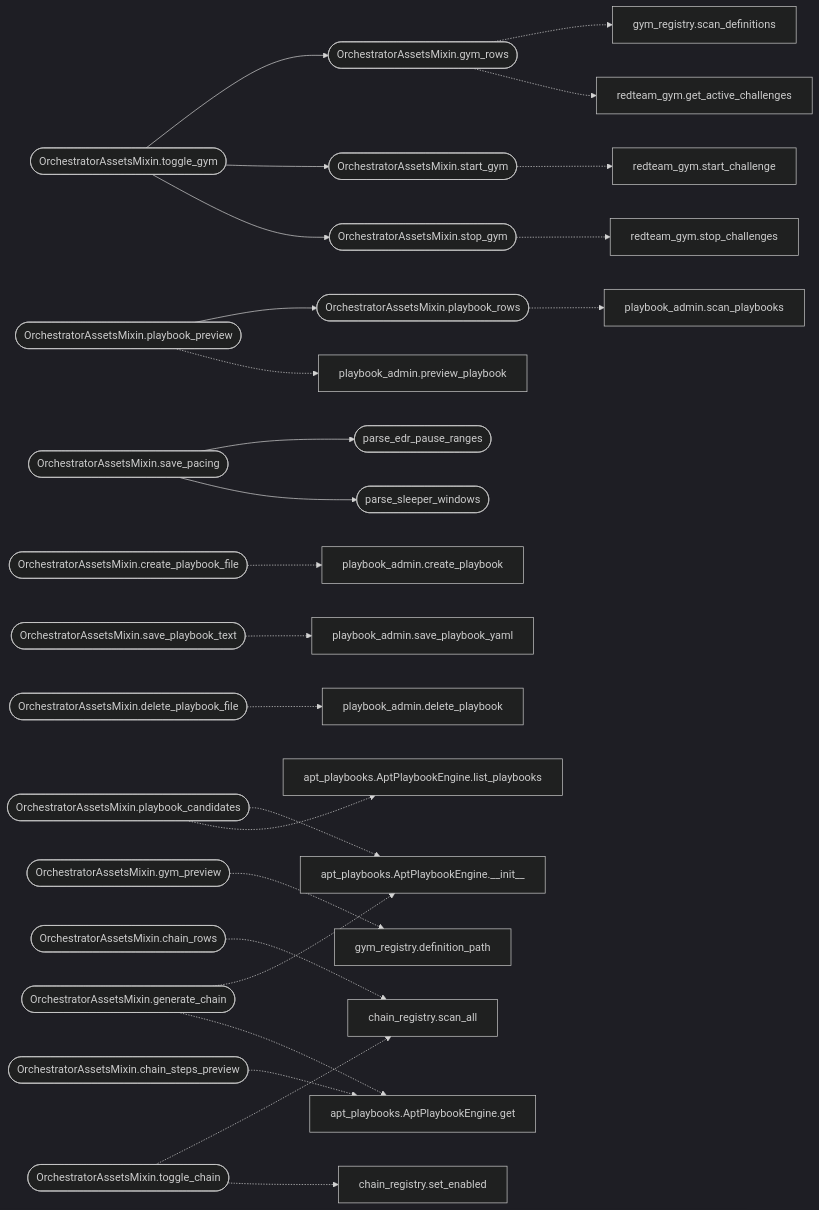
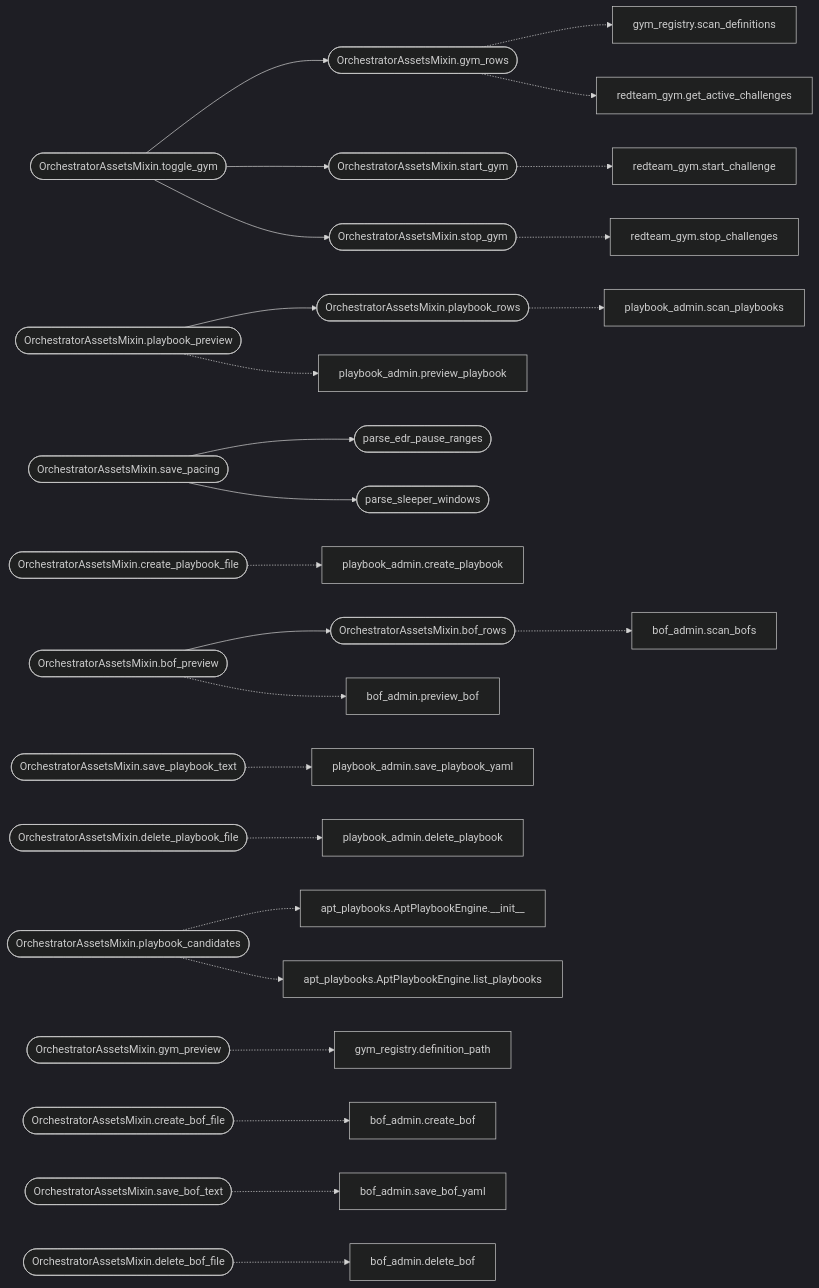
Before and after one commit to grisuno/LazyOwn: the second of 2 diagrams in readmenator-apidocs/modules/cli.orchestrator_assets_tabs.py.md, drawn with Mermaid (dark theme). The commit also changed other lines of this file and 380 other files, not shown here.

Commit message:
bof delibery throw apt_chain

````diff
--- a/readmenator-apidocs/modules/cli.orchestrator_assets_tabs.py.md
+++ b/readmenator-apidocs/modules/cli.orchestrator_assets_tabs.py.md
@@ -59,60 +59,63 @@
 ```mermaid
 flowchart LR
     n_cli_orchestrator_assets_tabs_py__OrchestratorAssetsMixin_playbook_preview(["OrchestratorAssetsMixin.playbook_preview"])
     n_cli_orchestrator_assets_tabs_py__OrchestratorAssetsMixin_playbook_rows(["OrchestratorAssetsMixin.playbook_rows"])
     n_cli_orchestrator_assets_tabs_py__OrchestratorAssetsMixin_toggle_gym(["OrchestratorAssetsMixin.toggle_gym"])
     n_cli_orchestrator_assets_tabs_py__OrchestratorAssetsMixin_gym_rows(["OrchestratorAssetsMixin.gym_rows"])
     n_cli_orchestrator_assets_tabs_py__OrchestratorAssetsMixin_start_gym(["OrchestratorAssetsMixin.start_gym"])
     n_cli_orchestrator_assets_tabs_py__OrchestratorAssetsMixin_stop_gym(["OrchestratorAssetsMixin.stop_gym"])
+    n_cli_orchestrator_assets_tabs_py__OrchestratorAssetsMixin_bof_preview(["OrchestratorAssetsMixin.bof_preview"])
+    n_cli_orchestrator_assets_tabs_py__OrchestratorAssetsMixin_bof_rows(["OrchestratorAssetsMixin.bof_rows"])
     n_cli_orchestrator_assets_tabs_py__OrchestratorAssetsMixin_save_pacing(["OrchestratorAssetsMixin.save_pacing"])
     n_cli_orchestrator_assets_tabs_py__parse_edr_pause_ranges(["parse_edr_pause_ranges"])
     n_cli_orchestrator_assets_tabs_py__parse_sleeper_windows(["parse_sleeper_windows"])
     n_modules_playbook_admin_py__scan_playbooks["playbook_admin.scan_playbooks"]
     n_modules_playbook_admin_py__preview_playbook["playbook_admin.preview_playbook"]
     n_cli_orchestrator_assets_tabs_py__OrchestratorAssetsMixin_create_playbook_file(["OrchestratorAssetsMixin.create_playbook_file"])
     n_modules_playbook_admin_py__create_playbook["playbook_admin.create_playbook"]
     n_cli_orchestrator_assets_tabs_py__OrchestratorAssetsMixin_save_playbook_text(["OrchestratorAssetsMixin.save_playbook_text"])
     n_modules_playbook_admin_py__save_playbook_yaml["playbook_admin.save_playbook_yaml"]
     n_cli_orchestrator_assets_tabs_py__OrchestratorAssetsMixin_delete_playbook_file(["OrchestratorAssetsMixin.delete_playbook_file"])
     n_modules_playbook_admin_py__delete_playbook["playbook_admin.delete_playbook"]
     n_cli_orchestrator_assets_tabs_py__OrchestratorAssetsMixin_playbook_candidates(["OrchestratorAssetsMixin.playbook_candidates"])
     n_modules_apt_playbooks_py__AptPlaybookEngine___init__["apt_playbooks.AptPlaybookEngine.__init__"]
     n_modules_apt_playbooks_py__AptPlaybookEngine_list_playbooks["apt_playbooks.AptPlaybookEngine.list_playbooks"]
     n_modules_gym_registry_py__scan_definitions["gym_registry.scan_definitions"]
     n_modules_redteam_gym_py__get_active_challenges["redteam_gym.get_active_challenges"]
     n_cli_orchestrator_assets_tabs_py__OrchestratorAssetsMixin_gym_preview(["OrchestratorAssetsMixin.gym_preview"])
     n_modules_gym_registry_py__definition_path["gym_registry.definition_path"]
     n_modules_redteam_gym_py__start_challenge["redteam_gym.start_challenge"]
     n_modules_redteam_gym_py__stop_challenges["redteam_gym.stop_challenges"]
-    n_cli_orchestrator_assets_tabs_py__OrchestratorAssetsMixin_chain_rows(["OrchestratorAssetsMixin.chain_rows"])
-    n_modules_chain_registry_py__scan_all["chain_registry.scan_all"]
-    n_cli_orchestrator_assets_tabs_py__OrchestratorAssetsMixin_chain_steps_preview(["OrchestratorAssetsMixin.chain_steps_preview"])
-    n_modules_apt_playbooks_py__AptPlaybookEngine_get["apt_playbooks.AptPlaybookEngine.get"]
-    n_cli_orchestrator_assets_tabs_py__OrchestratorAssetsMixin_toggle_chain(["OrchestratorAssetsMixin.toggle_chain"])
-    n_modules_chain_registry_py__set_enabled["chain_registry.set_enabled"]
-    n_cli_orchestrator_assets_tabs_py__OrchestratorAssetsMixin_generate_chain(["OrchestratorAssetsMixin.generate_chain"])
+    n_modules_bof_admin_py__scan_bofs["bof_admin.scan_bofs"]
+    n_modules_bof_admin_py__preview_bof["bof_admin.preview_bof"]
+    n_cli_orchestrator_assets_tabs_py__OrchestratorAssetsMixin_create_bof_file(["OrchestratorAssetsMixin.create_bof_file"])
+    n_modules_bof_admin_py__create_bof["bof_admin.create_bof"]
+    n_cli_orchestrator_assets_tabs_py__OrchestratorAssetsMixin_save_bof_text(["OrchestratorAssetsMixin.save_bof_text"])
+    n_modules_bof_admin_py__save_bof_yaml["bof_admin.save_bof_yaml"]
+    n_cli_orchestrator_assets_tabs_py__OrchestratorAssetsMixin_delete_bof_file(["OrchestratorAssetsMixin.delete_bof_file"])
+    n_modules_bof_admin_py__delete_bof["bof_admin.delete_bof"]
     n_cli_orchestrator_assets_tabs_py__OrchestratorAssetsMixin_playbook_preview --> n_cli_orchestrator_assets_tabs_py__OrchestratorAssetsMixin_playbook_rows
     n_cli_orchestrator_assets_tabs_py__OrchestratorAssetsMixin_toggle_gym --> n_cli_orchestrator_assets_tabs_py__OrchestratorAssetsMixin_gym_rows
     n_cli_orchestrator_assets_tabs_py__OrchestratorAssetsMixin_toggle_gym --> n_cli_orchestrator_assets_tabs_py__OrchestratorAssetsMixin_start_gym
     n_cli_orchestrator_assets_tabs_py__OrchestratorAssetsMixin_toggle_gym --> n_cli_orchestrator_assets_tabs_py__OrchestratorAssetsMixin_stop_gym
+    n_cli_orchestrator_assets_tabs_py__OrchestratorAssetsMixin_bof_preview --> n_cli_orchestrator_assets_tabs_py__OrchestratorAssetsMixin_bof_rows
     n_cli_orchestrator_assets_tabs_py__OrchestratorAssetsMixin_save_pacing --> n_cli_orchestrator_assets_tabs_py__parse_edr_pause_ranges
     n_cli_orchestrator_assets_tabs_py__OrchestratorAssetsMixin_save_pacing --> n_cli_orchestrator_assets_tabs_py__parse_sleeper_windows
     n_cli_orchestrator_assets_tabs_py__OrchestratorAssetsMixin_playbook_rows -.-> n_modules_playbook_admin_py__scan_playbooks
     n_cli_orchestrator_assets_tabs_py__OrchestratorAssetsMixin_playbook_preview -.-> n_modules_playbook_admin_py__preview_playbook
     n_cli_orchestrator_assets_tabs_py__OrchestratorAssetsMixin_create_playbook_file -.-> n_modules_playbook_admin_py__create_playbook
     n_cli_orchestrator_assets_tabs_py__OrchestratorAssetsMixin_save_playbook_text -.-> n_modules_playbook_admin_py__save_playbook_yaml
     n_cli_orchestrator_assets_tabs_py__OrchestratorAssetsMixin_delete_playbook_file -.-> n_modules_playbook_admin_py__delete_playbook
     n_cli_orchestrator_assets_tabs_py__OrchestratorAssetsMixin_playbook_candidates -.-> n_modules_apt_playbooks_py__AptPlaybookEngine___init__
     n_cli_orchestrator_assets_tabs_py__OrchestratorAssetsMixin_playbook_candidates -.-> n_modules_apt_playbooks_py__AptPlaybookEngine_list_playbooks
     n_cli_orchestrator_assets_tabs_py__OrchestratorAssetsMixin_gym_rows -.-> n_modules_gym_registry_py__scan_definitions
     n_cli_orchestrator_assets_tabs_py__OrchestratorAssetsMixin_gym_rows -.-> n_modules_redteam_gym_py__get_active_challenges
     n_cli_orchestrator_assets_tabs_py__OrchestratorAssetsMixin_gym_preview -.-> n_modules_gym_registry_py__definition_path
     n_cli_orchestrator_assets_tabs_py__OrchestratorAssetsMixin_start_gym -.-> n_modules_redteam_gym_py__start_challenge
     n_cli_orchestrator_assets_tabs_py__OrchestratorAssetsMixin_stop_gym -.-> n_modules_redteam_gym_py__stop_challenges
-    n_cli_orchestrator_assets_tabs_py__OrchestratorAssetsMixin_chain_rows -.-> n_modules_chain_registry_py__scan_all
-    n_cli_orchestrator_assets_tabs_py__OrchestratorAssetsMixin_chain_steps_preview -.-> n_modules_apt_playbooks_py__AptPlaybookEngine_get
-    n_cli_orchestrator_assets_tabs_py__OrchestratorAssetsMixin_toggle_chain -.-> n_modules_chain_registry_py__scan_all
-    n_cli_orchestrator_assets_tabs_py__OrchestratorAssetsMixin_toggle_chain -.-> n_modules_chain_registry_py__set_enabled
-    n_cli_orchestrator_assets_tabs_py__OrchestratorAssetsMixin_generate_chain -.-> n_modules_apt_playbooks_py__AptPlaybookEngine___init__
-    n_cli_orchestrator_assets_tabs_py__OrchestratorAssetsMixin_generate_chain -.-> n_modules_apt_playbooks_py__AptPlaybookEngine_get
+    n_cli_orchestrator_assets_tabs_py__OrchestratorAssetsMixin_bof_rows -.-> n_modules_bof_admin_py__scan_bofs
+    n_cli_orchestrator_assets_tabs_py__OrchestratorAssetsMixin_bof_preview -.-> n_modules_bof_admin_py__preview_bof
+    n_cli_orchestrator_assets_tabs_py__OrchestratorAssetsMixin_create_bof_file -.-> n_modules_bof_admin_py__create_bof
+    n_cli_orchestrator_assets_tabs_py__OrchestratorAssetsMixin_save_bof_text -.-> n_modules_bof_admin_py__save_bof_yaml
+    n_cli_orchestrator_assets_tabs_py__OrchestratorAssetsMixin_delete_bof_file -.-> n_modules_bof_admin_py__delete_bof
 ```
````
